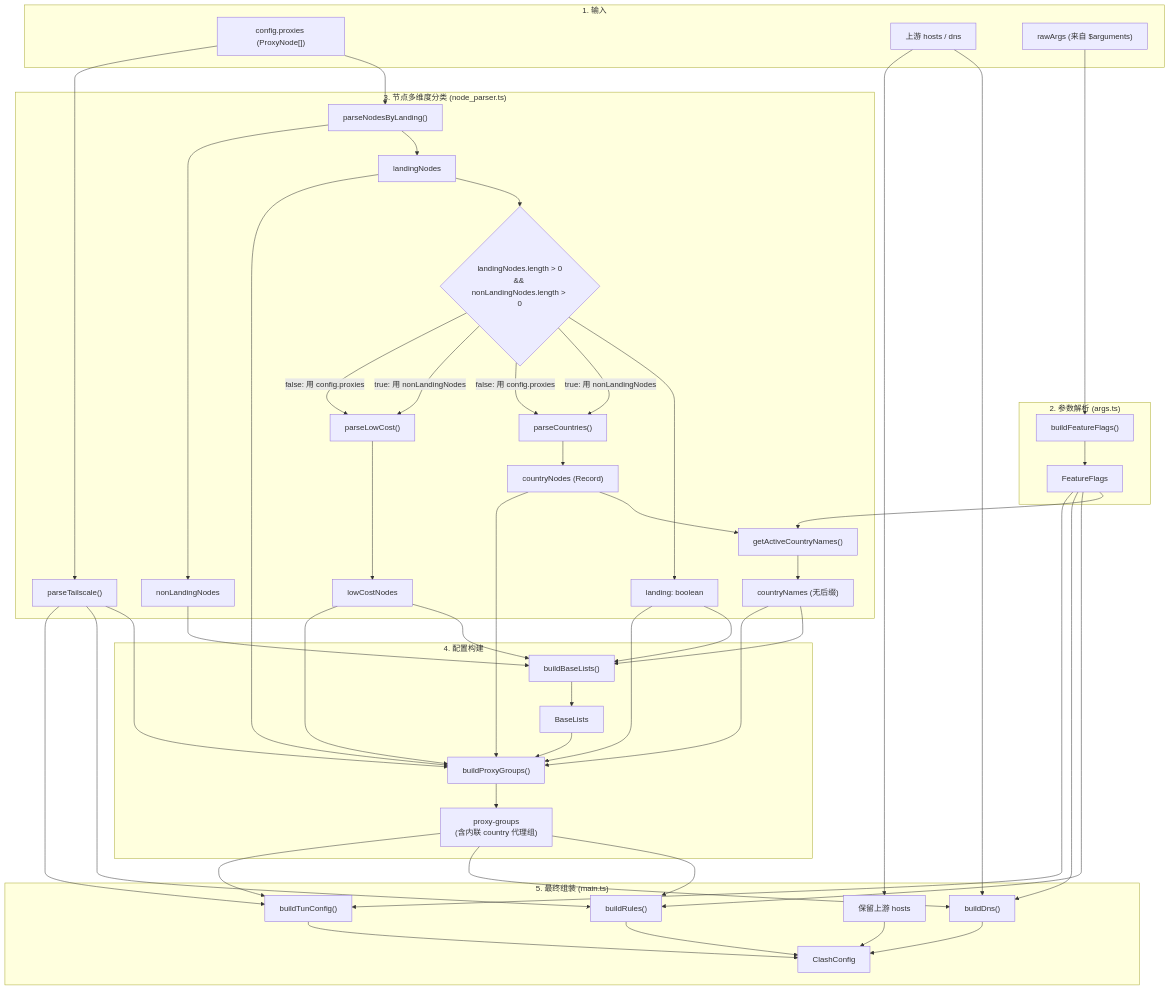
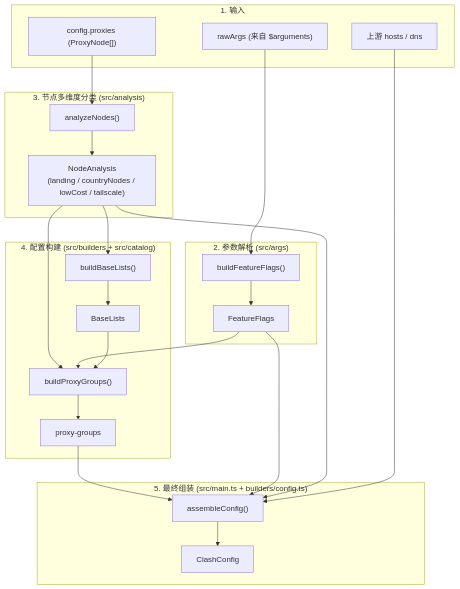
The diagram in docs/ARCHITECTURE.md (powerfullz/override-rules), drawn with Mermaid before and after one commit. The commit also changed other lines of this file and 3 other files, not shown here.

````diff
--- a/docs/ARCHITECTURE.md
+++ b/docs/ARCHITECTURE.md
@@ -11,64 +13,35 @@
 ```mermaid
 flowchart TD
     subgraph Input["1. 输入"]
         CP["config.proxies (ProxyNode[])"]
         UP["上游 hosts / dns"]
         RA["rawArgs (来自 $arguments)"]
     end
 
-    subgraph Args["2. 参数解析 (args.ts)"]
+    subgraph Args["2. 参数解析 (src/args)"]
         RA --> BFF["buildFeatureFlags()"]
         BFF --> FF["FeatureFlags"]
     end
 
-    subgraph Parser["3. 节点多维度分类 (node_parser.ts)"]
-        CP --> PNL["parseNodesByLanding()"]
-        CP --> TS["parseTailscale()"]
-        PNL --> LN["landingNodes"]
-        PNL --> NLN["nonLandingNodes"]
-        LN --> LCHK{"landingNodes.length > 0<br/>&& nonLandingNodes.length > 0"}
-        LCHK --> LAND["landing: boolean"]
-        LCHK -->|"true: 用 nonLandingNodes"| PC["parseCountries()"]
-        LCHK -->|"false: 用 config.proxies"| PC
-        LCHK -->|"true: 用 nonLandingNodes"| PLC["parseLowCost()"]
-        LCHK -->|"false: 用 config.proxies"| PLC
-        PC --> CN["countryNodes (Record)"]
-        PLC --> LCN["lowCostNodes"]
-        CN --> GACN["getActiveCountryNames()"]
-        GACN --> ACN["countryNames (无后缀)"]
-        FF --> GACN
+    subgraph Parser["3. 节点多维度分类 (src/analysis)"]
+        CP --> AN["analyzeNodes()"]
+        AN --> NA["NodeAnalysis<br/>(landing / countryNodes / lowCost / tailscale)"]
     end
 
-    subgraph Builders["4. 配置构建"]
-        ACN --> BBL["buildBaseLists()"]
-        LAND --> BBL
-        LCN --> BBL
-        TS --> BPG
-        NLN --> BBL
+    subgraph Builders["4. 配置构建 (src/builders + src/catalog)"]
+        NA --> BBL["buildBaseLists()"]
+        NA --> BPG["buildProxyGroups()"]
+        FF --> BPG
         BBL --> BL["BaseLists"]
-        BL --> BPG["buildProxyGroups()"]
-        ACN --> BPG
-        CN --> BPG
-        LAND --> BPG
-        LN --> BPG
-        LCN --> BPG
-        BPG --> PG["proxy-groups<br/>(含内联 country 代理组)"]
+        BL --> BPG
+        BPG --> PG["proxy-groups"]
     end
 
-    subgraph Output["5. 最终组装 (main.ts)"]
-        PG --> RULES["buildRules()"]
-        PG --> DNS["buildDns()"]
-        PG --> TUN["buildTunConfig()"]
-        UP --> DNS
-        UP --> HOSTS["保留上游 hosts"]
-        TS --> RULES
-        TS --> TUN
-        FF --> RULES
-        FF --> DNS
-        FF --> TUN
-        RULES --> FINAL["ClashConfig"]
-        DNS --> FINAL
-        TUN --> FINAL
-        HOSTS --> FINAL
+    subgraph Output["5. 最终组装 (src/main.ts + builders/config.ts)"]
+        PG --> AC["assembleConfig()"]
+        FF --> AC
+        NA --> AC
+        UP --> AC
+        AC --> FINAL["ClashConfig"]
     end
 ```
````
